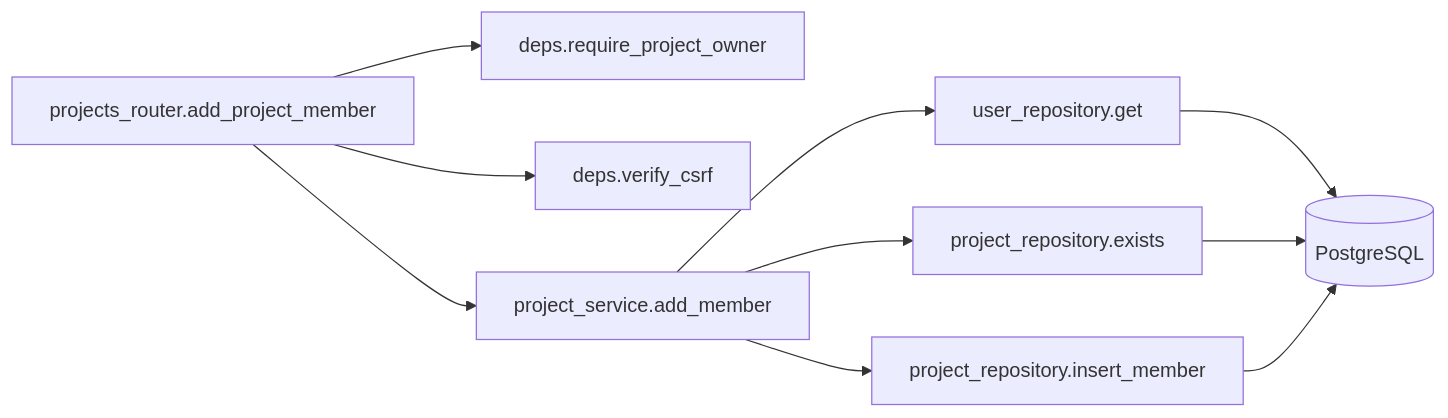
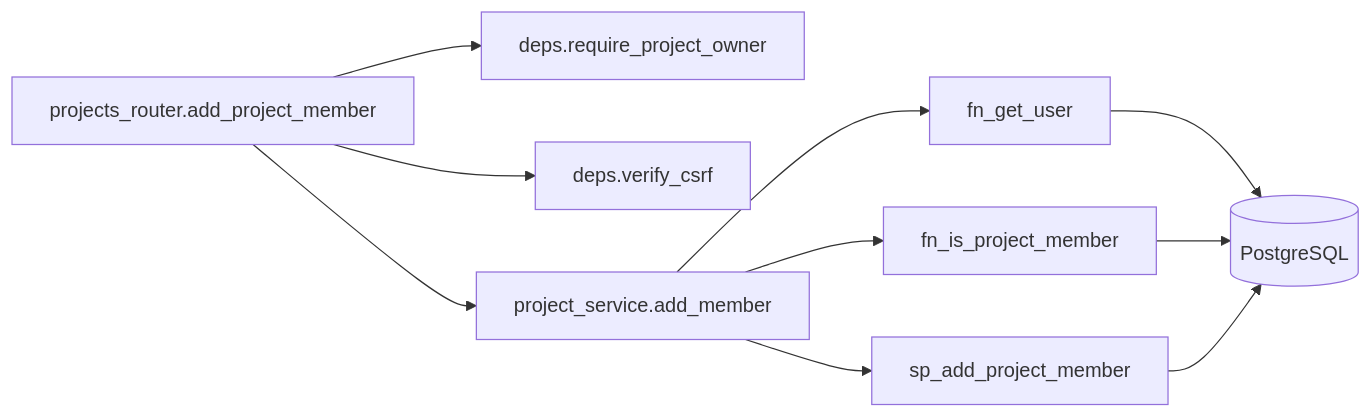
Before and after one commit to oikawa-d/task_management: the third of 4 diagrams in detailed_design/api/projects/07_post_project_members.md, drawn with Mermaid. The commit also changed other lines of this file and 58 other files, not shown here.

````diff
--- a/detailed_design/api/projects/07_post_project_members.md
+++ b/detailed_design/api/projects/07_post_project_members.md
@@ -219,12 +219,12 @@
 ```mermaid
 flowchart LR
     R["projects_router.add_project_member"] --> D["deps.require_project_owner"]
     R --> CSRF["deps.verify_csrf"]
     R --> S["project_service.add_member"]
-    S --> UR["user_repository.get"]
-    S --> RP1["project_repository.exists"]
-    S --> RP2["project_repository.insert_member"]
+    S --> UR["fn_get_user"]
+    S --> RP1["fn_is_project_member"]
+    S --> RP2["sp_add_project_member"]
     UR --> PG[("PostgreSQL")]
     RP1 --> PG
     RP2 --> PG
 ```
````
